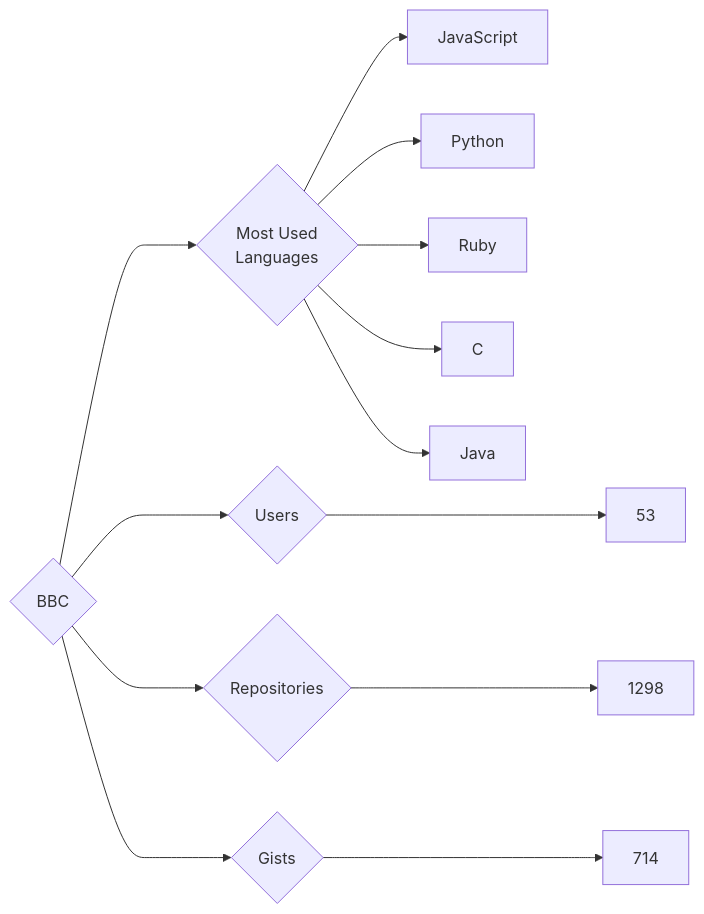
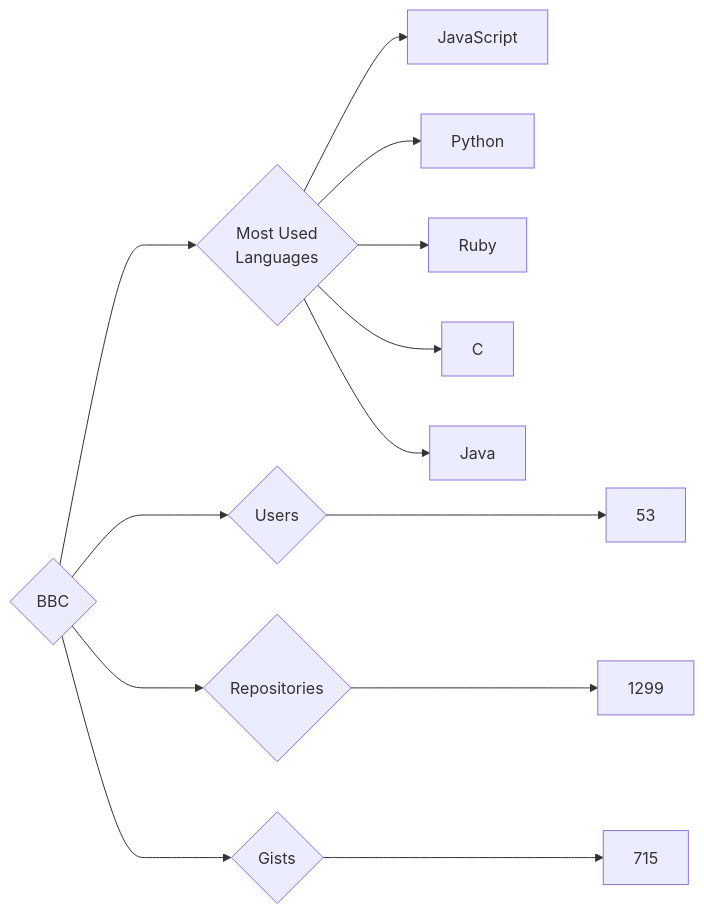
The diagram in targets/BBC/README.md (trickest/insiders), drawn with Mermaid before and after one commit. The commit also changed 861 other files, not shown here.

````diff
--- a/targets/BBC/README.md
+++ b/targets/BBC/README.md
@@ -3,13 +3,13 @@
 ```mermaid
 graph LR
 COMPANY_NAME{BBC}
 COMPANY_NAME ---> U{Users} ---> UN[53]
-COMPANY_NAME ---> R{Repositories} ---> RN[1298]
-COMPANY_NAME ---> G{Gists} ---> GN[714]
+COMPANY_NAME ---> R{Repositories} ---> RN[1299]
+COMPANY_NAME ---> G{Gists} ---> GN[715]
 COMPANY_NAME ---> ML{Most Used<br>Languages}
 ML --> JavaScript[JavaScript]
 ML --> Python[Python]
 ML --> Ruby[Ruby]
 ML --> C[C]
 ML --> Java[Java]
 ```
````
